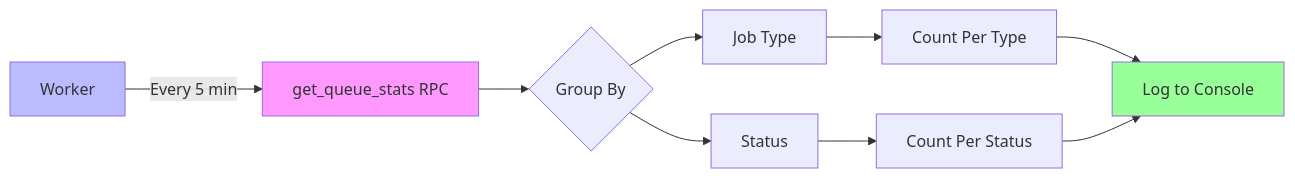
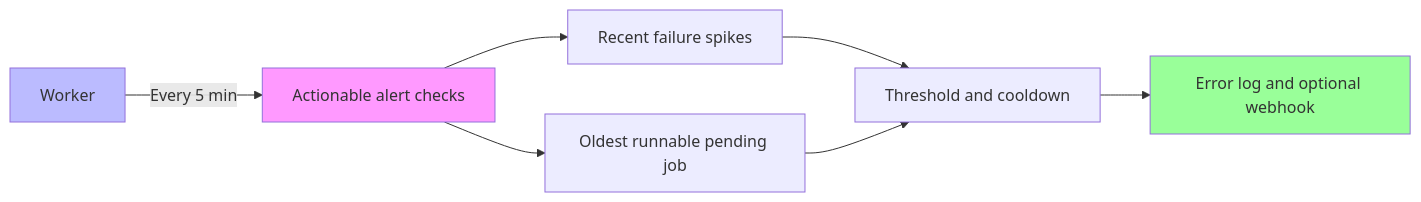
The tenth of 10 diagrams in docs/architecture/diagrams/QUEUE-SYSTEM-FLOW.md (Wolverine971/buildos-platform), drawn with Mermaid before and after one commit. The commit also changed other lines of this file and 126 other files, not shown here.

````diff
--- a/docs/architecture/diagrams/QUEUE-SYSTEM-FLOW.md
+++ b/docs/architecture/diagrams/QUEUE-SYSTEM-FLOW.md
@@ -406,18 +406,13 @@
 ```mermaid
 graph LR
-    A[Worker] -->|Every 5 min| B[get_queue_stats RPC]
-    B --> C{Group By}
-
-    C --> D[Job Type]
-    C --> E[Status]
-
-    D --> F[Count Per Type]
-    E --> G[Count Per Status]
-
-    F --> H[Log to Console]
-    G --> H
+    A[Worker] -->|Every 5 min| B[Actionable alert checks]
+    B --> C[Recent failure spikes]
+    B --> D[Oldest runnable pending job]
+    C --> E[Threshold and cooldown]
+    D --> E
+    E --> F[Error log and optional webhook]
 
     style A fill:#bbf
     style B fill:#f9f
-    style H fill:#9f9
+    style F fill:#9f9
 ```
````
